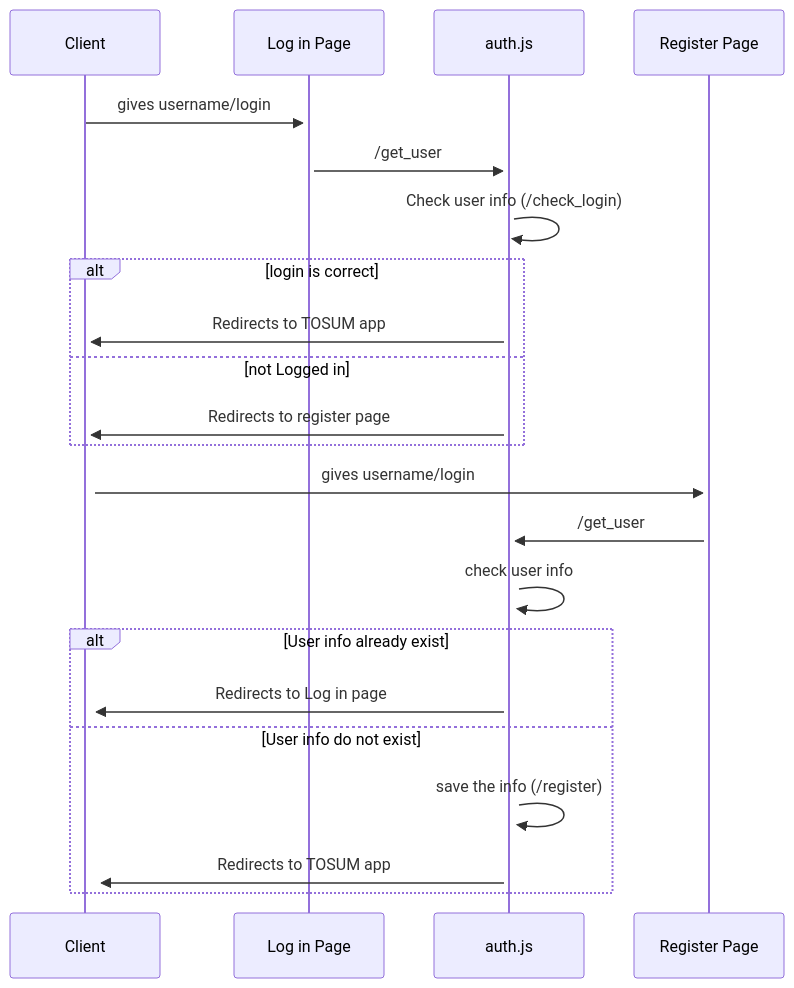
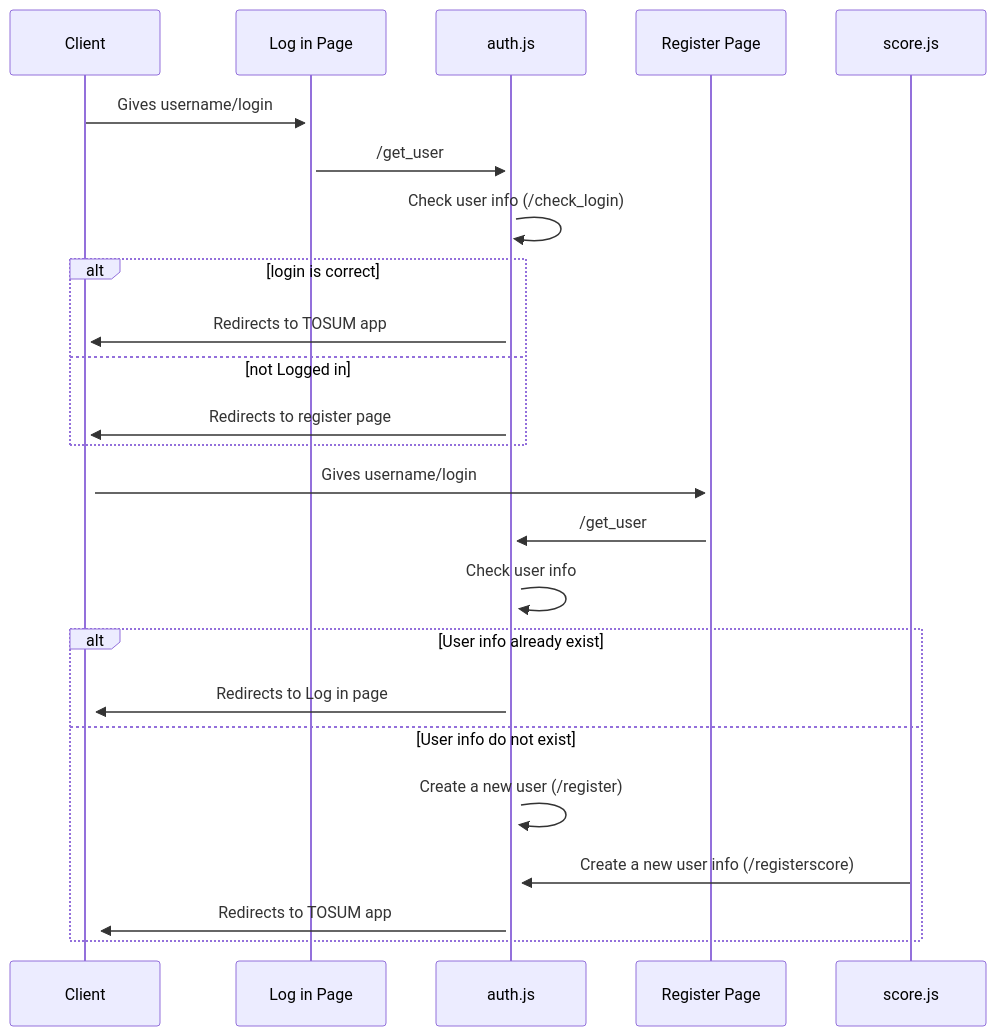
One commit to JulienDelages/Motus changed the first of 3 diagrams in README.md. Above: the diagram before and after it, drawn with Mermaid. The commit also changed other lines of this file, not shown here.

````diff
--- a/README.md
+++ b/README.md
@@ -25,20 +25,21 @@
 ```mermaid
 sequenceDiagram
-    Client->>+Log in Page: gives username/login
+    Client->>+Log in Page: Gives username/login
     Log in Page->>+auth.js: /get_user
     auth.js->>auth.js: Check user info (/check_login)
     alt login is correct
         auth.js->>+Client: Redirects to TOSUM app
     else not Logged in
         auth.js->>+Client: Redirects to register page
     end
-    Client->>+Register Page: gives username/login
+    Client->>+Register Page: Gives username/login
     Register Page->>+auth.js: /get_user
-    auth.js->>auth.js: check user info
+    auth.js->>auth.js: Check user info
     alt User info already exist
         auth.js->>+Client: Redirects to Log in page
     else User info do not exist
-        auth.js->>auth.js: save the info (/register)
+        auth.js->>auth.js: Create a new user (/register)
+        score.js->>auth.js: Create a new user info (/registerscore)
         auth.js->>+Client: Redirects to TOSUM app
     end
 ```
````
